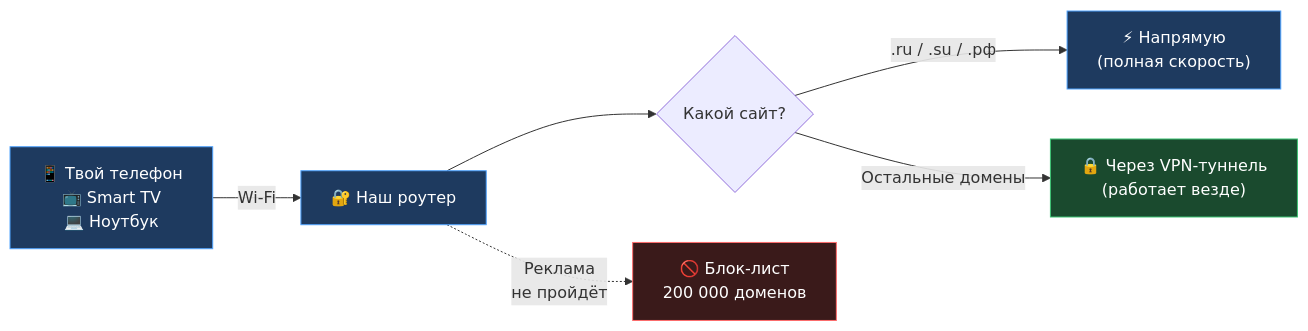
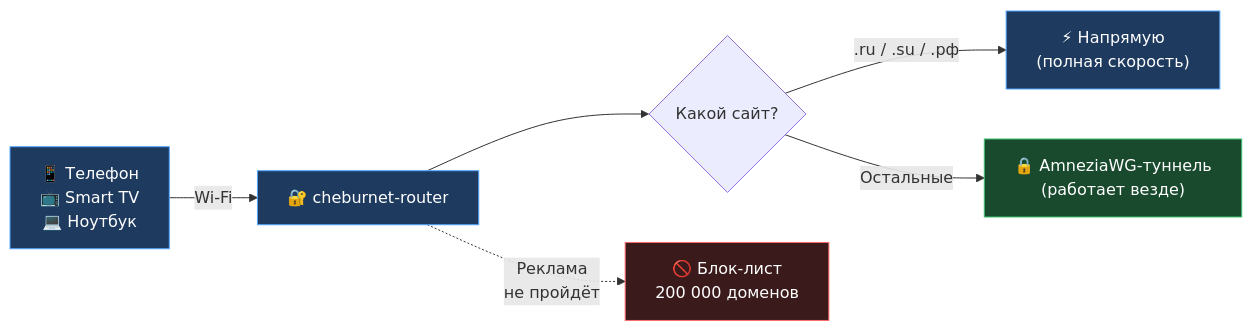
Before and after one commit to andreiyurik/cheburnet-router: the first of 2 diagrams in README.md, drawn with Mermaid. The commit also changed other lines of this file, not shown here.

````diff
--- a/README.md
+++ b/README.md
@@ -65,18 +69,15 @@
 ```mermaid
 flowchart LR
-    Phone["📱 Твой телефон<br/>📺 Smart TV<br/>💻 Ноутбук"] -->|"Wi-Fi"| Router["🔐 Наш роутер"]
-
+    Phone["📱 Телефон<br/>📺 Smart TV<br/>💻 Ноутбук"] -->|"Wi-Fi"| Router["🔐 cheburnet-router"]
     Router --> Choice{"Какой сайт?"}
-
     Choice -->|".ru / .su / .рф"| Direct["⚡ Напрямую<br/>(полная скорость)"]
-    Choice -->|"Остальные домены"| VPN["🔒 Через VPN-туннель<br/>(работает везде)"]
-
+    Choice -->|"Остальные"| VPN["🔒 AmneziaWG-туннель<br/>(работает везде)"]
     Router -.->|"Реклама<br/>не пройдёт"| Block["🚫 Блок-лист<br/>200 000 доменов"]
 
     classDef ru fill:#1e3a5f,stroke:#4fa3ff,color:#fff
     classDef vpn fill:#1a4a2e,stroke:#3bc272,color:#fff
     classDef stop fill:#3a1a1a,stroke:#ff6b6b,color:#fff
     class Direct,Phone,Router ru
     class VPN vpn
     class Block stop
 ```
````
